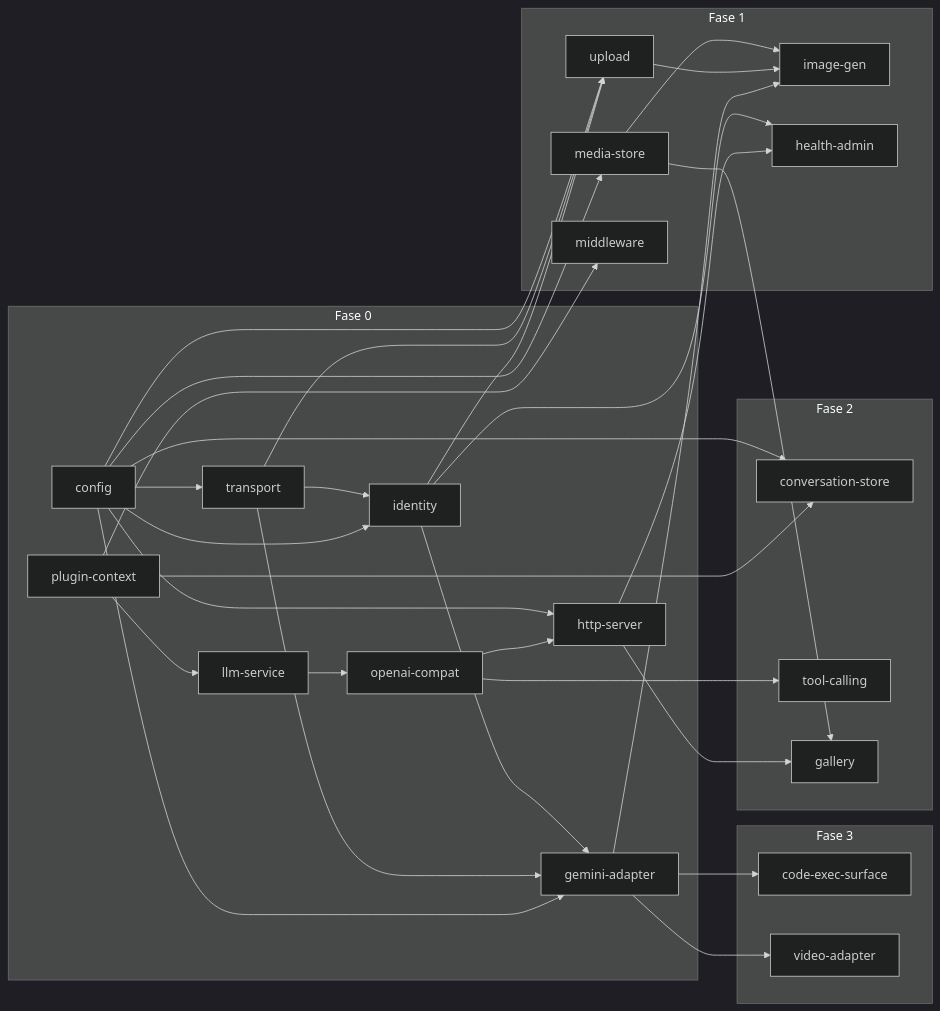
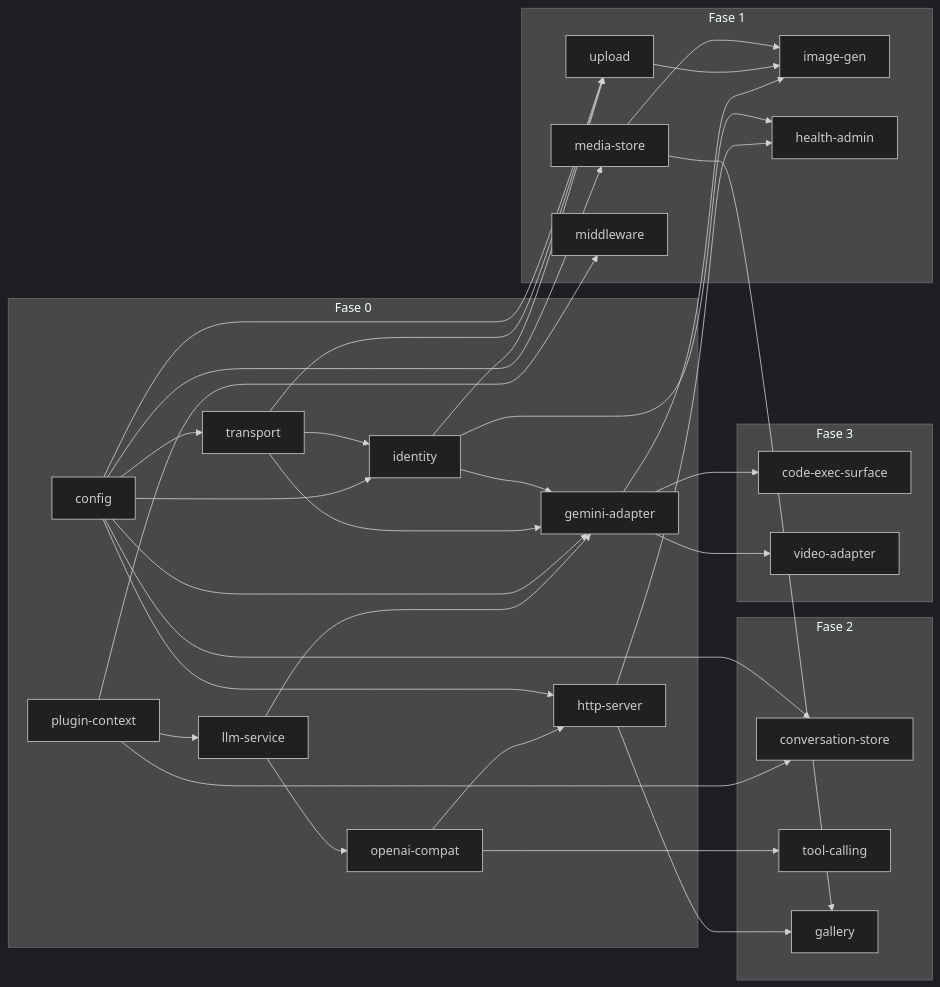
The diagram in SPEC.md (IlmanNafi11/gemini-bridge), drawn with Mermaid (dark theme) before and after one commit. The commit also changed other lines of this file and 3 other files, not shown here.

Commit message:
docs(spec): P.3 — specify upstream chat foundation (identity, gemini-adapter, llm-service)

````diff
--- a/SPEC.md
+++ b/SPEC.md
@@ -56,57 +56,58 @@
 ```mermaid
 flowchart LR
   subgraph Fase0["Fase 0"]
     plugin_context["plugin-context"]
     config
     transport
     identity
     gemini_adapter["gemini-adapter"]
     llm_service["llm-service"]
     openai_compat["openai-compat"]
     http_server["http-server"]
   end
   subgraph Fase1["Fase 1"]
     media_store["media-store"]
     upload
     image_gen["image-gen"]
     health_admin["health-admin"]
     middleware
   end
   subgraph Fase2["Fase 2"]
     conversation_store["conversation-store"]
     tool_calling["tool-calling"]
     gallery
   end
   subgraph Fase3["Fase 3"]
     code_exec_surface["code-exec-surface"]
     video_adapter["video-adapter"]
   end
 
   plugin_context --> llm_service
+  llm_service --> gemini_adapter
   config --> transport
   config --> identity
   transport --> identity
   config --> gemini_adapter
   transport --> gemini_adapter
   identity --> gemini_adapter
   llm_service --> openai_compat
   openai_compat --> http_server
   config --> http_server
   config --> media_store
   identity --> upload
   transport --> upload
   config --> upload
   gemini_adapter --> image_gen
   upload --> image_gen
   media_store --> image_gen
   http_server --> health_admin
   identity --> health_admin
   plugin_context --> middleware
   plugin_context --> conversation_store
   config --> conversation_store
   openai_compat --> tool_calling
   media_store --> gallery
   http_server --> gallery
   gemini_adapter --> code_exec_surface
   gemini_adapter --> video_adapter
 ```
````
